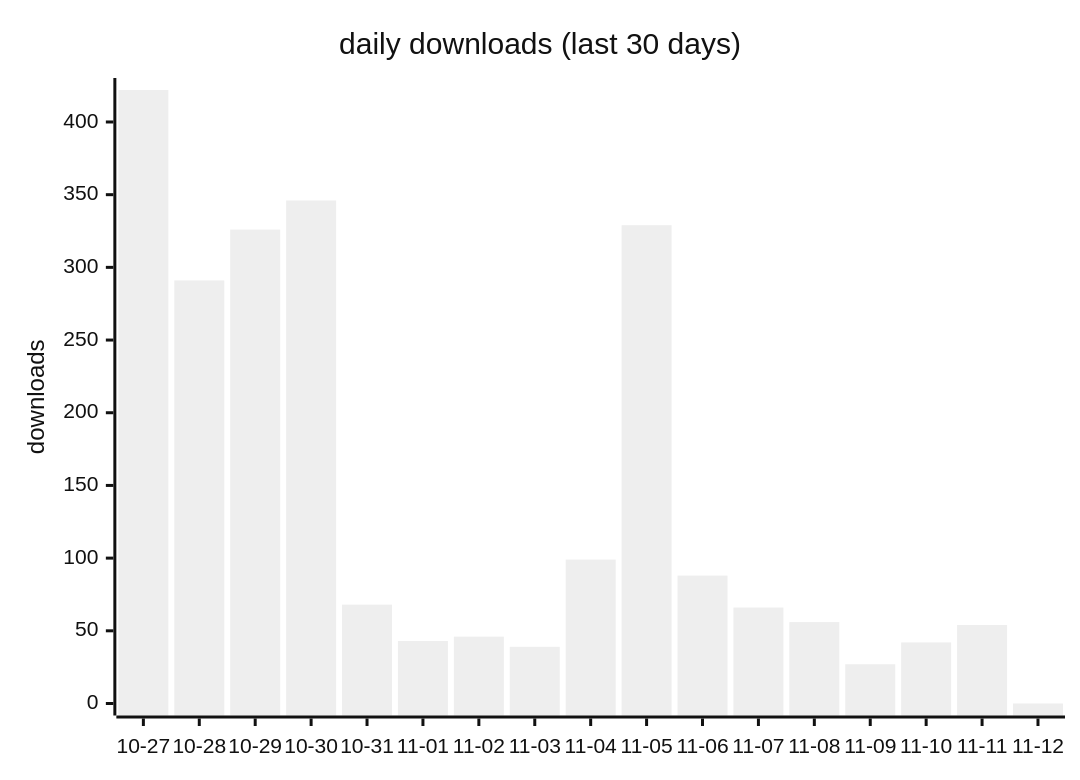
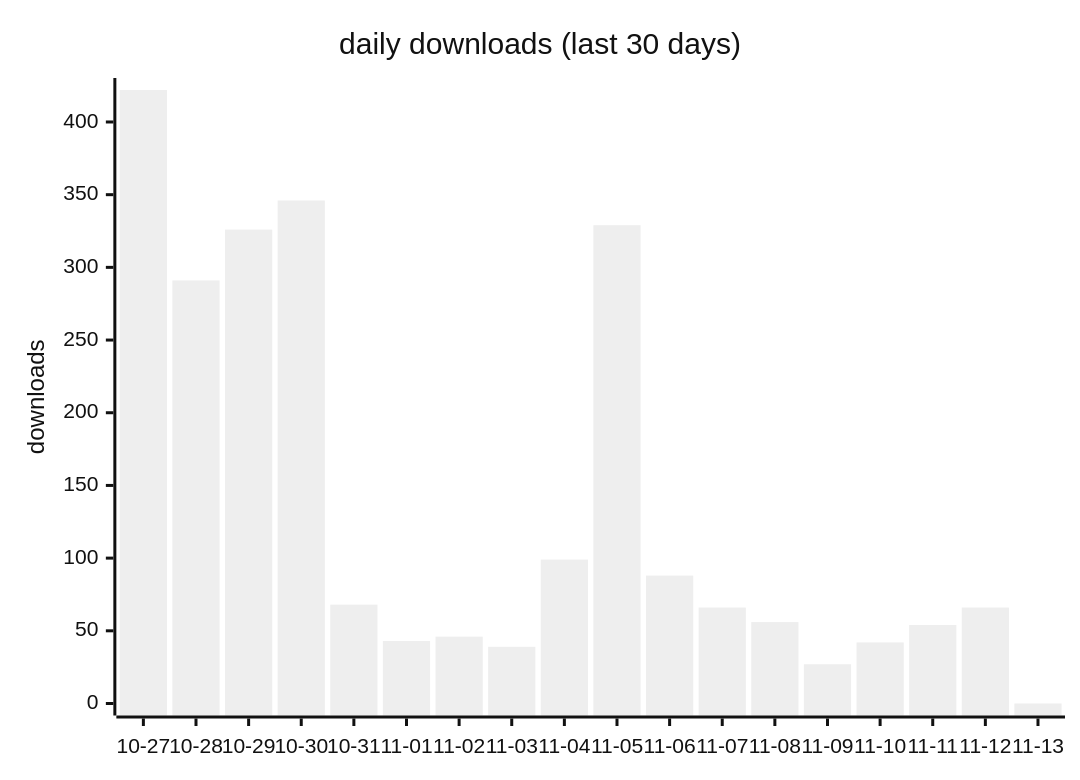
The first of 2 diagrams in docs/downloads-2026.md (terry2010/dsh-loop-recover), drawn with Mermaid (neutral theme) before and after one commit. The commit also changed other lines of this file and 1 other file, not shown here.

````diff
--- a/docs/downloads-2026.md
+++ b/docs/downloads-2026.md
@@ -19,7 +19,7 @@
 ```mermaid
 xychart-beta
     title "daily downloads (last 30 days)"
-    x-axis ["10-27", "10-28", "10-29", "10-30", "10-31", "11-01", "11-02", "11-03", "11-04", "11-05", "11-06", "11-07", "11-08", "11-09", "11-10", "11-11", "11-12"]
+    x-axis ["10-27", "10-28", "10-29", "10-30", "10-31", "11-01", "11-02", "11-03", "11-04", "11-05", "11-06", "11-07", "11-08", "11-09", "11-10", "11-11", "11-12", "11-13"]
     y-axis "downloads" 0 --> 422
-    bar [422, 291, 326, 346, 68, 43, 46, 39, 99, 329, 88, 66, 56, 27, 42, 54, 0]
+    bar [422, 291, 326, 346, 68, 43, 46, 39, 99, 329, 88, 66, 56, 27, 42, 54, 66, 0]
 ```
````
